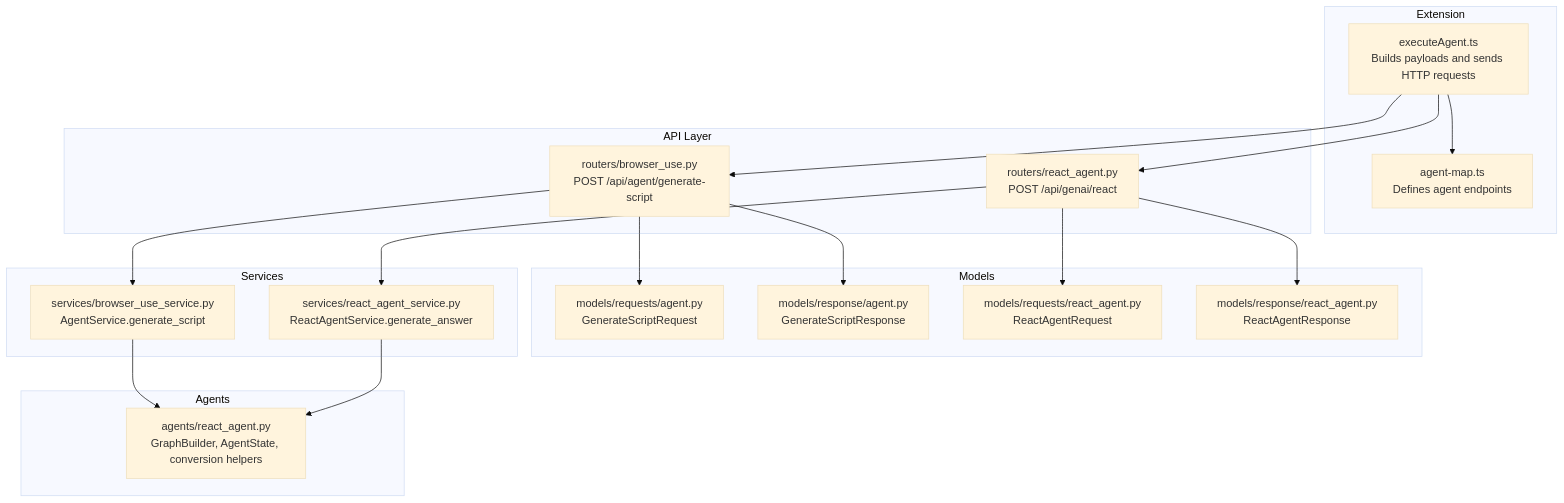
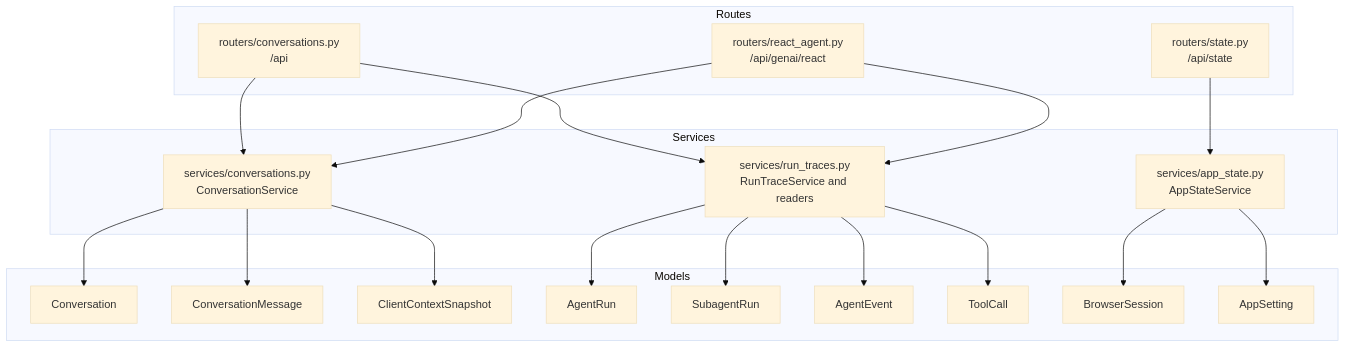
One commit to tashifkhan/tashif.codes changed the first of 7 diagrams in src/data/docs/agentic-browser/Data Models and Schemas/Agent Communication Models.md. Above: the diagram before and after it, drawn with Mermaid (base theme). The commit also changed other lines of this file and 114 other files, not shown here.

````diff
--- a/src/data/docs/agentic-browser/Data Models and Schemas/Agent Communication Models.md
+++ b/src/data/docs/agentic-browser/Data Models and Schemas/Agent Communication Models.md
@@ -12,35 +17,38 @@
 ```mermaid
 graph TB
-subgraph "Extension"
-EX["executeAgent.ts<br/>Builds payloads and sends HTTP requests"]
-MAP["agent-map.ts<br/>Defines agent endpoints"]
+subgraph "Routes"
+  CONV["routers/conversations.py<br/>/api"]
+  STATE["routers/state.py<br/>/api/state"]
+  CHAT["routers/react_agent.py<br/>/api/genai/react"]
 end
-subgraph "API Layer"
-RT["routers/browser_use.py<br/>POST /api/agent/generate-script"]
-RR["routers/react_agent.py<br/>POST /api/genai/react"]
+subgraph "Services"
+  CS["services/conversations.py<br/>ConversationService"]
+  RT["services/run_traces.py<br/>RunTraceService and readers"]
+  AS["services/app_state.py<br/>AppStateService"]
 end
 subgraph "Models"
-REQ1["models/requests/agent.py<br/>GenerateScriptRequest"]
-RES1["models/response/agent.py<br/>GenerateScriptResponse"]
-REQ2["models/requests/react_agent.py<br/>ReactAgentRequest"]
-RES2["models/response/react_agent.py<br/>ReactAgentResponse"]
+  C["Conversation"]
+  CM["ConversationMessage"]
+  CCS["ClientContextSnapshot"]
+  AR["AgentRun"]
+  SR["SubagentRun"]
+  AE["AgentEvent"]
+  TC["ToolCall"]
+  BS["BrowserSession"]
+  AP["AppSetting"]
 end
-subgraph "Services"
-SVC1["services/browser_use_service.py<br/>AgentService.generate_script"]
-SVC2["services/react_agent_service.py<br/>ReactAgentService.generate_answer"]
-end
-subgraph "Agents"
-AG["agents/react_agent.py<br/>GraphBuilder, AgentState, conversion helpers"]
-end
-EX --> MAP
-EX --> RT
-EX --> RR
-RT --> REQ1
-RT --> RES1
-RR --> REQ2
-RR --> RES2
-RT --> SVC1
-RR --> SVC2
-SVC1 --> AG
-SVC2 --> AG
+CONV --> CS
+CONV --> RT
+STATE --> AS
+CHAT --> CS
+CHAT --> RT
+CS --> C
+CS --> CM
+CS --> CCS
+RT --> AR
+RT --> SR
+RT --> AE
+RT --> TC
+AS --> BS
+AS --> AP
 ```
````
